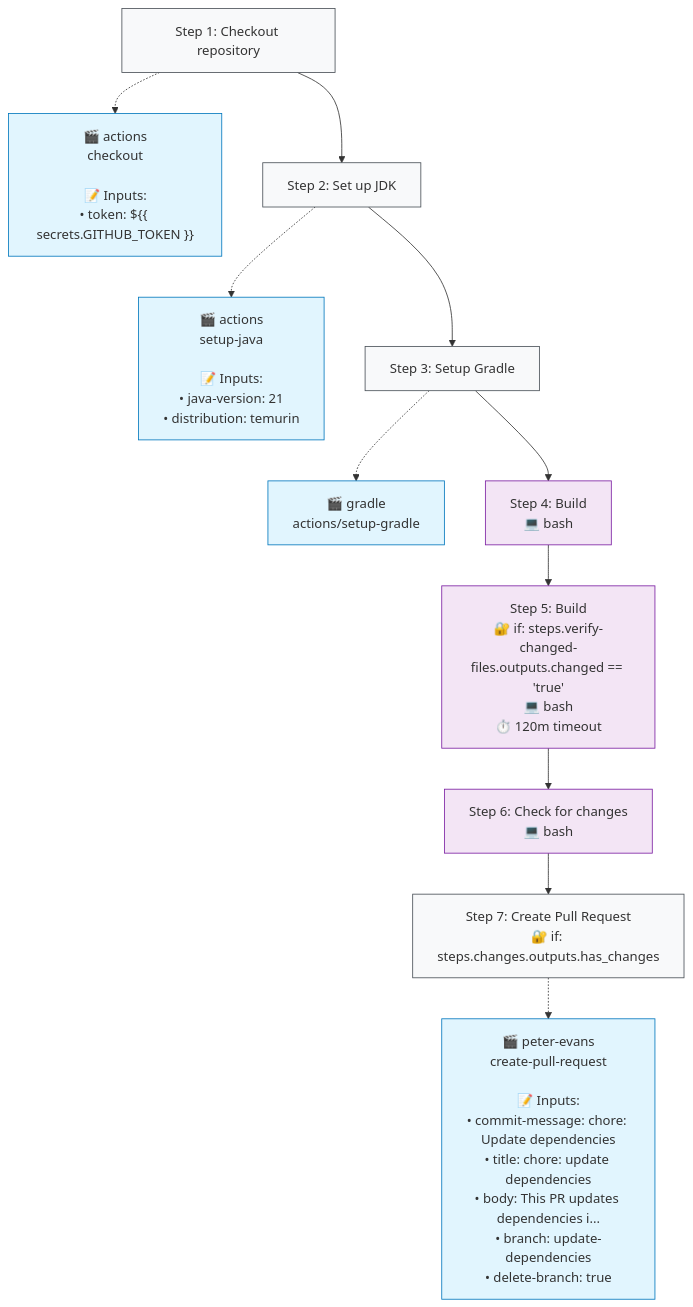
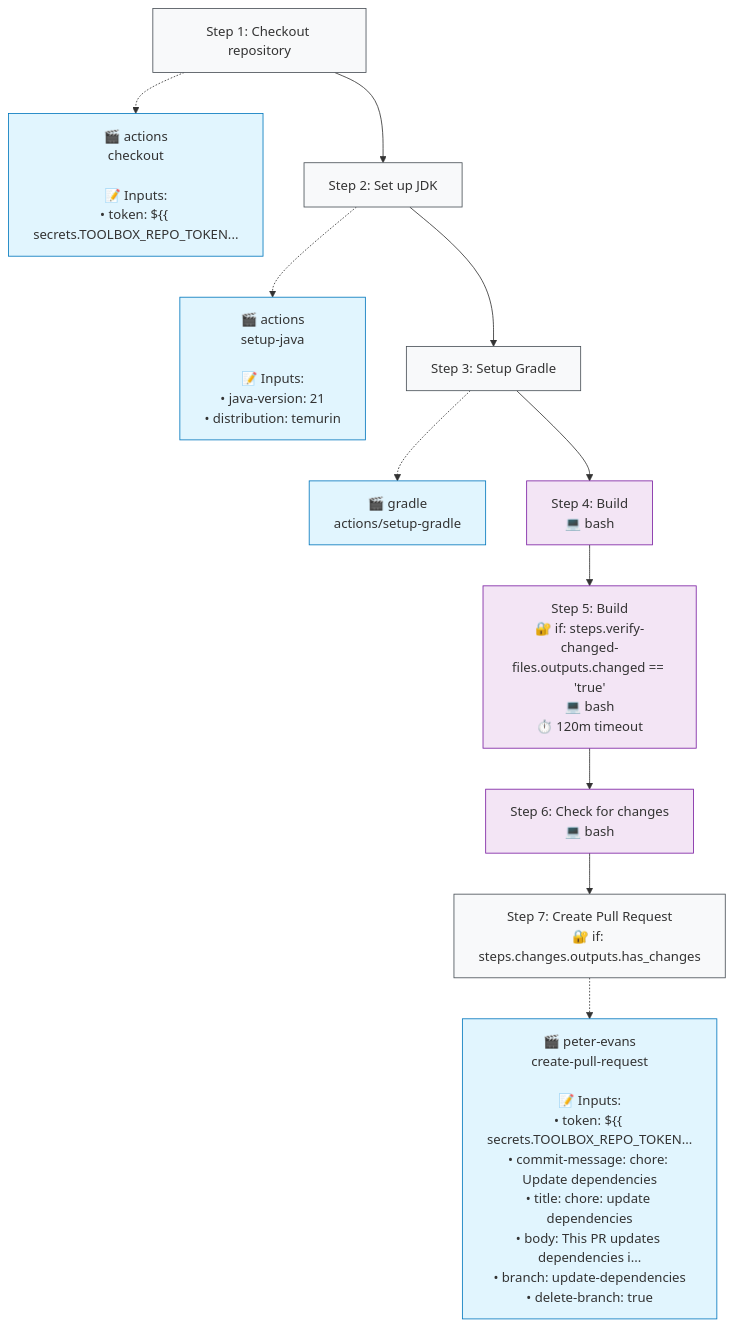
One commit to http4k/http4k changed the second of 2 diagrams in .github/typeflows/update-dependencies/README.md. Above: the diagram before and after it, drawn with Mermaid. The commit also changed 5 other files, not shown here.

````diff
--- a/.github/typeflows/update-dependencies/README.md
+++ b/.github/typeflows/update-dependencies/README.md
@@ -23,36 +23,36 @@
 ```mermaid
 %%{init: {"flowchart": {"curve": "basis"}}}%%
 flowchart TD
     step1["Step 1: Checkout repository"]
     style step1 fill:#f8f9fa,stroke:#495057
-    action1["🎬 actions<br/>checkout<br/><br/>📝 Inputs:<br/>• token: ${{ secrets.GITHUB_TOKEN }}"]
+    action1["🎬 actions<br/>checkout<br/><br/>📝 Inputs:<br/>• token: ${{ secrets.TOOLBOX_REPO_TOKEN..."]
     style action1 fill:#e1f5fe,stroke:#0277bd
     step1 -.-> action1
     step2["Step 2: Set up JDK"]
     style step2 fill:#f8f9fa,stroke:#495057
     action2["🎬 actions<br/>setup-java<br/><br/>📝 Inputs:<br/>• java-version: 21<br/>• distribution: temurin"]
     style action2 fill:#e1f5fe,stroke:#0277bd
     step2 -.-> action2
     step1 --> step2
     step3["Step 3: Setup Gradle"]
     style step3 fill:#f8f9fa,stroke:#495057
     action3["🎬 gradle<br/>actions/setup-gradle"]
     style action3 fill:#e1f5fe,stroke:#0277bd
     step3 -.-> action3
     step2 --> step3
     step4["Step 4: Build<br/>💻 bash"]
     style step4 fill:#f3e5f5,stroke:#7b1fa2
     step3 --> step4
     step5["Step 5: Build<br/>🔐 if: steps.verify-changed-files.outputs.changed == 'true'<br/>💻 bash<br/>⏱️ 120m timeout"]
     style step5 fill:#f3e5f5,stroke:#7b1fa2
     step4 --> step5
     step6["Step 6: Check for changes<br/>💻 bash"]
     style step6 fill:#f3e5f5,stroke:#7b1fa2
     step5 --> step6
     step7["Step 7: Create Pull Request<br/>🔐 if: steps.changes.outputs.has_changes"]
     style step7 fill:#f8f9fa,stroke:#495057
-    action7["🎬 peter-evans<br/>create-pull-request<br/><br/>📝 Inputs:<br/>• commit-message: chore: Update dependencies<br/>• title: chore: update dependencies<br/>• body: This PR updates dependencies i...<br/>• branch: update-dependencies<br/>• delete-branch: true"]
+    action7["🎬 peter-evans<br/>create-pull-request<br/><br/>📝 Inputs:<br/>• token: ${{ secrets.TOOLBOX_REPO_TOKEN...<br/>• commit-message: chore: Update dependencies<br/>• title: chore: update dependencies<br/>• body: This PR updates dependencies i...<br/>• branch: update-dependencies<br/>• delete-branch: true"]
     style action7 fill:#e1f5fe,stroke:#0277bd
     step7 -.-> action7
     step6 --> step7
 ```
````
